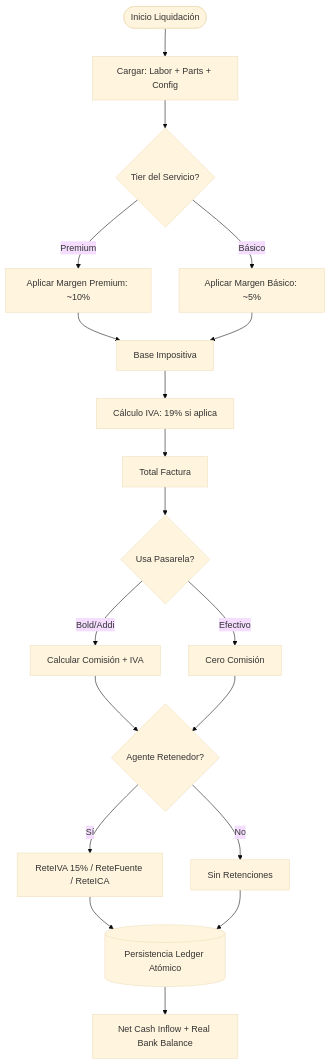
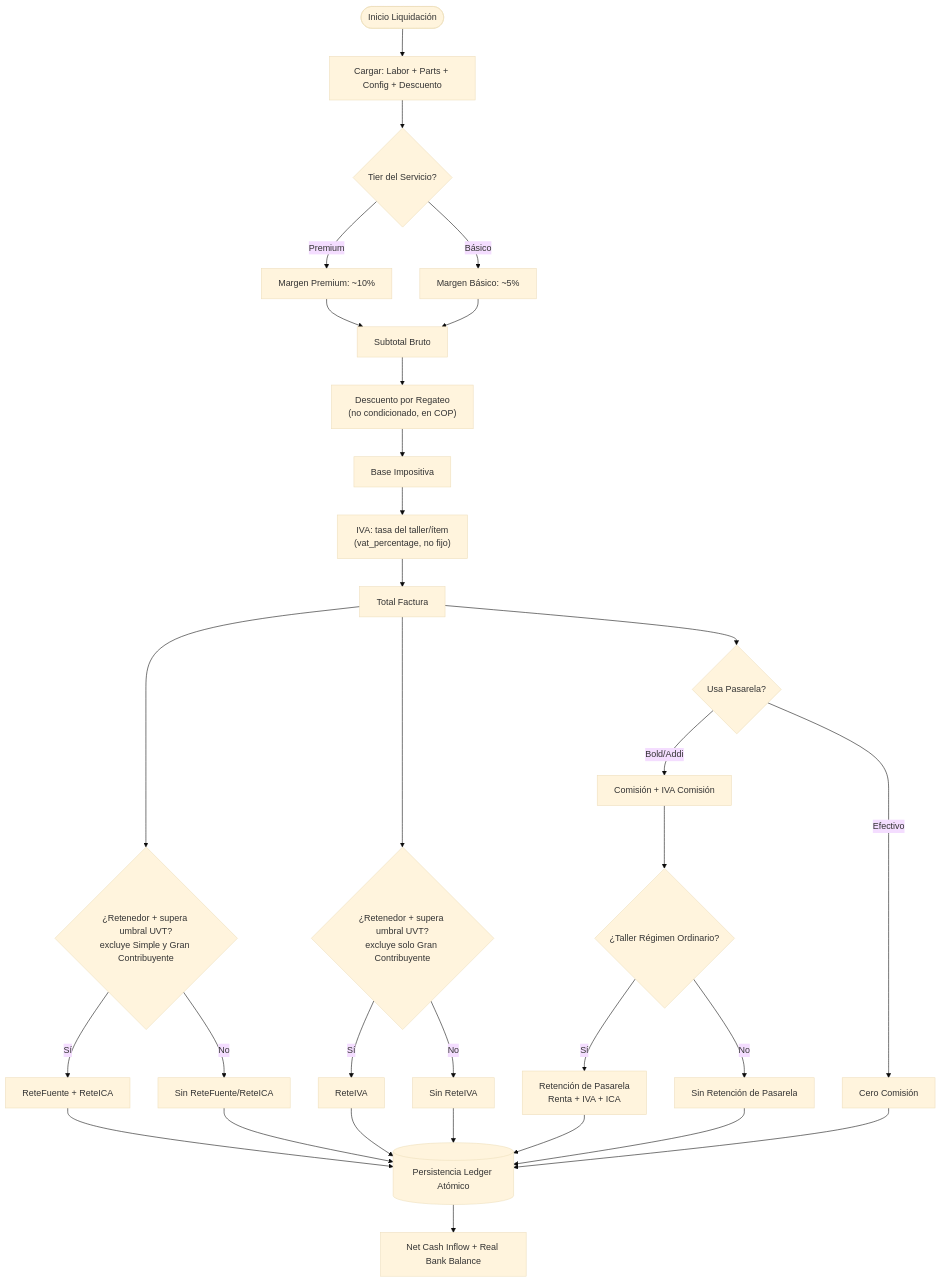
One commit to brandonjimenez21/efiscoDocumentation changed the diagram in FINANCIAL_ENGINE.md. Above: the diagram before and after it, drawn with Mermaid (base theme). The commit also changed other lines of this file, not shown here.

````diff
--- a/FINANCIAL_ENGINE.md
+++ b/FINANCIAL_ENGINE.md
@@ -11,23 +13,32 @@
 ```mermaid
 flowchart TD
-    Start([Inicio Liquidación]) --> Data[Cargar: Labor + Parts + Config]
+    Start([Inicio Liquidación]) --> Data[Cargar: Labor + Parts + Config + Descuento]
     Data --> Tier{Tier del Servicio?}
 
-    Tier -- Premium --> PM[Aplicar Margen Premium: ~10%]
-    Tier -- Básico --> BM[Aplicar Margen Básico: ~5%]
+    Tier -- Premium --> PM[Margen Premium: ~10%]
+    Tier -- Básico --> BM[Margen Básico: ~5%]
 
-    PM & BM --> Base[Base Impositiva]
-    Base --> IVA[Cálculo IVA: 19% si aplica]
+    PM & BM --> Bruto[Subtotal Bruto]
+    Bruto --> Desc["Descuento por Regateo<br/>(no condicionado, en COP)"]
+    Desc --> Base[Base Impositiva]
+    Base --> IVA["IVA: tasa del taller/ítem<br/>(vat_percentage, no fijo)"]
     IVA --> Total[Total Factura]
 
+    Total --> RetGen{"¿Retenedor + supera umbral UVT?<br/>excluye Simple y Gran Contribuyente"}
+    RetGen -- Sí --> CalcGen[ReteFuente + ReteICA]
+    RetGen -- No --> NoGen[Sin ReteFuente/ReteICA]
+
+    Total --> RetIVA{"¿Retenedor + supera umbral UVT?<br/>excluye solo Gran Contribuyente"}
+    RetIVA -- Sí --> CalcIva[ReteIVA]
+    RetIVA -- No --> NoIva[Sin ReteIVA]
+
     Total --> Gateway{Usa Pasarela?}
-    Gateway -- Bold/Addi --> Comm[Calcular Comisión + IVA]
+    Gateway -- Bold/Addi --> Comm[Comisión + IVA Comisión]
     Gateway -- Efectivo --> NoComm[Cero Comisión]
+    Comm --> GwRet{¿Taller Régimen Ordinario?}
+    GwRet -- Sí --> CalcGwRet["Retención de Pasarela<br/>Renta + IVA + ICA"]
+    GwRet -- No --> NoGwRet[Sin Retención de Pasarela]
 
-    Comm & NoComm --> Rets{Agente Retenedor?}
-    Rets -- Sí --> CalcRets[ReteIVA 15% / ReteFuente / ReteICA]
-    Rets -- No --> ZeroRets[Sin Retenciones]
-
-    CalcRets & ZeroRets --> DB[(Persistencia Ledger Atómico)]
+    CalcGen & NoGen & CalcIva & NoIva & CalcGwRet & NoGwRet & NoComm --> DB[(Persistencia Ledger Atómico)]
     DB --> Result[Net Cash Inflow + Real Bank Balance]
 ```
````
